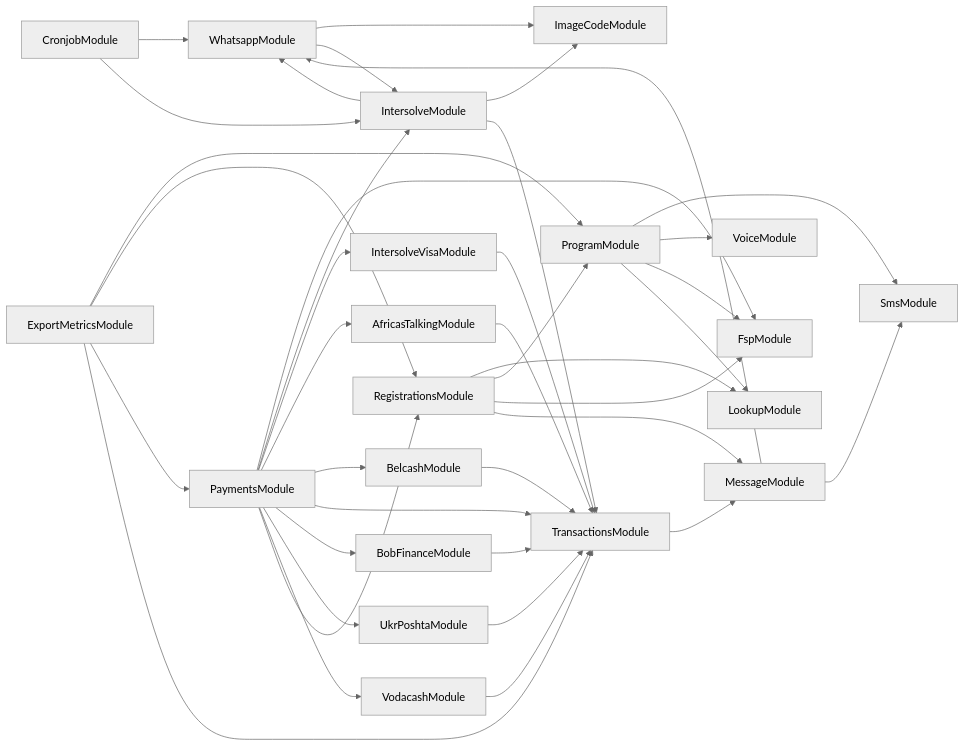
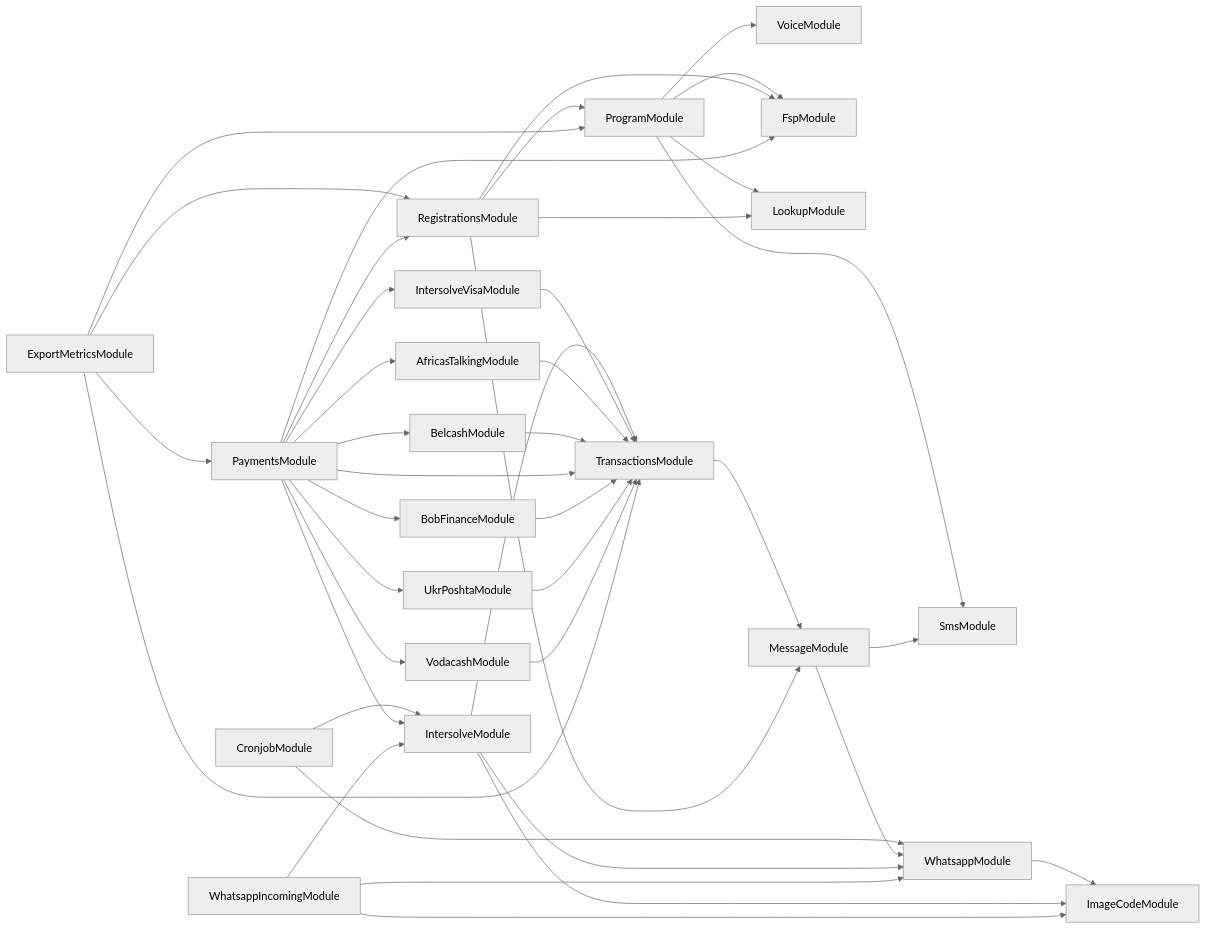
The diagram in services/121-service/module-dependencies.md (global-121/121-platform), drawn with Mermaid (neutral theme) before and after one commit. The commit also changed 10 other files, not shown here.

Commit message:
fix: separate incoming whatsapp module AB#18015

````diff
--- a/services/121-service/module-dependencies.md
+++ b/services/121-service/module-dependencies.md
@@ -3,41 +3,43 @@
 ```mermaid
 graph LR
   ProgramModule-->SmsModule
   ProgramModule-->VoiceModule
   ProgramModule-->FspModule
   ProgramModule-->LookupModule
   CronjobModule-->WhatsappModule
   WhatsappModule-->ImageCodeModule
-  WhatsappModule-->IntersolveModule
+  CronjobModule-->IntersolveModule
   IntersolveModule-->ImageCodeModule
   IntersolveModule-->TransactionsModule
   TransactionsModule-->MessageModule
   MessageModule-->WhatsappModule
   MessageModule-->SmsModule
   IntersolveModule-->WhatsappModule
-  CronjobModule-->IntersolveModule
   RegistrationsModule-->LookupModule
   RegistrationsModule-->ProgramModule
   RegistrationsModule-->FspModule
   RegistrationsModule-->MessageModule
   ExportMetricsModule-->ProgramModule
   ExportMetricsModule-->RegistrationsModule
   ExportMetricsModule-->PaymentsModule
   PaymentsModule-->FspModule
   PaymentsModule-->IntersolveModule
   PaymentsModule-->IntersolveVisaModule
   IntersolveVisaModule-->TransactionsModule
   PaymentsModule-->AfricasTalkingModule
   AfricasTalkingModule-->TransactionsModule
   PaymentsModule-->BelcashModule
   BelcashModule-->TransactionsModule
   PaymentsModule-->TransactionsModule
   PaymentsModule-->BobFinanceModule
   BobFinanceModule-->TransactionsModule
   PaymentsModule-->UkrPoshtaModule
   UkrPoshtaModule-->TransactionsModule
   PaymentsModule-->VodacashModule
   VodacashModule-->TransactionsModule
   PaymentsModule-->RegistrationsModule
   ExportMetricsModule-->TransactionsModule
+  WhatsappIncomingModule-->ImageCodeModule
+  WhatsappIncomingModule-->IntersolveModule
+  WhatsappIncomingModule-->WhatsappModule
 ```
````
